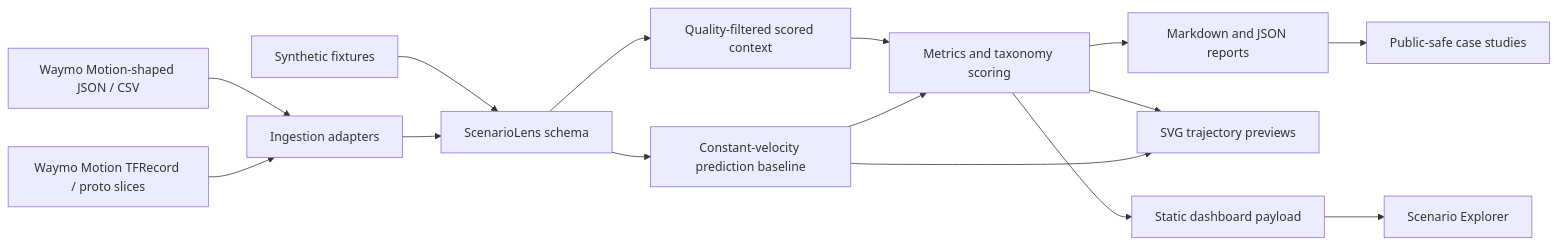
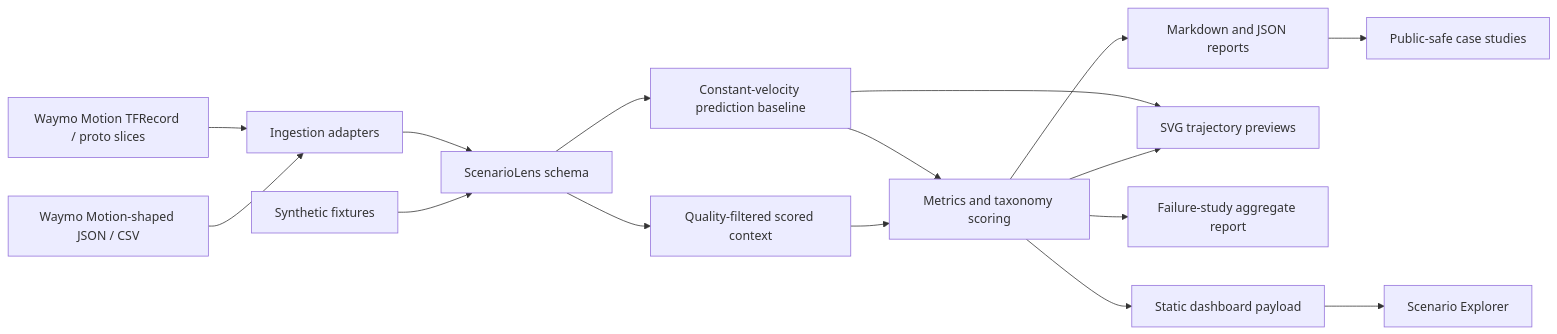
The diagram in docs/architecture.md (ethanvillalovoz/scenariolens), drawn with Mermaid before and after one commit. The commit also changed other lines of this file and 13 other files, not shown here.

Commit message:
Add real-slice failure study

````diff
--- a/docs/architecture.md
+++ b/docs/architecture.md
@@ -5,17 +5,18 @@
 ```mermaid
 flowchart LR
     A["Synthetic fixtures"] --> D["ScenarioLens schema"]
     B["Waymo Motion-shaped JSON / CSV"] --> C["Ingestion adapters"]
     M["Waymo Motion TFRecord / proto slices"] --> C
     C --> D
     D --> E["Quality-filtered scored context"]
     D --> P["Constant-velocity prediction baseline"]
     E --> F["Metrics and taxonomy scoring"]
     P --> F
     F --> G["Markdown and JSON reports"]
     F --> H["SVG trajectory previews"]
     P --> H
+    F --> L["Failure-study aggregate report"]
     F --> I["Static dashboard payload"]
     I --> J["Scenario Explorer"]
     G --> K["Public-safe case studies"]
 ```
````
